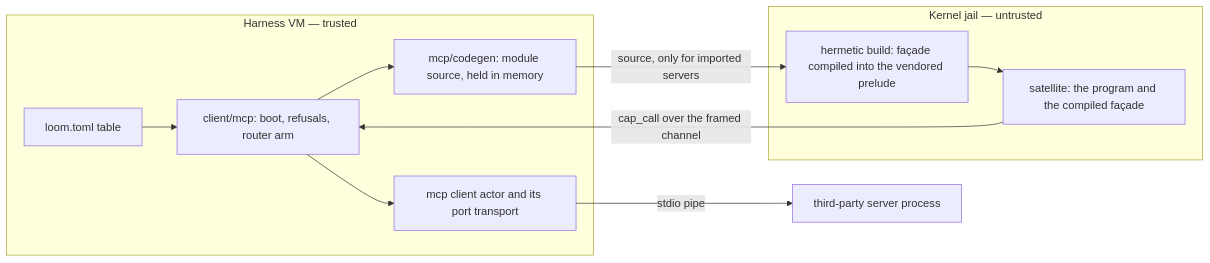
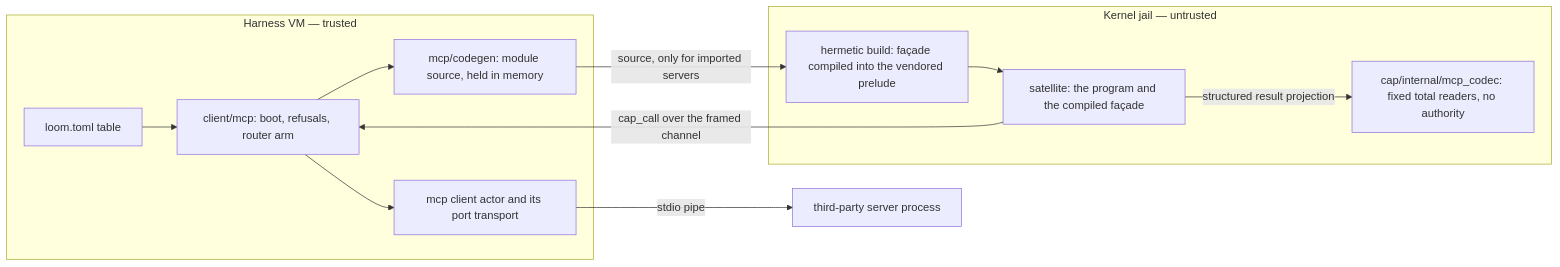
One commit to Roasbeef/loom changed the third of 3 diagrams in docs/architecture/mcp.md. Above: the diagram before and after it, drawn with Mermaid. The commit also changed other lines of this file and 7 other files, not shown here.

````diff
--- a/docs/architecture/mcp.md
+++ b/docs/architecture/mcp.md
@@ -1009,21 +1098,23 @@
 ```mermaid
 flowchart LR
     subgraph H[Harness VM — trusted]
       CFG[loom.toml table]
       CL[client/mcp: boot, refusals, router arm]
       CG[mcp/codegen: module source, held in memory]
       AC[mcp client actor and its port transport]
     end
     subgraph J[Kernel jail — untrusted]
       B[hermetic build: façade compiled into the vendored prelude]
       SAT[satellite: the program and the compiled façade]
+      CODEC[cap/internal/mcp_codec: fixed total readers, no authority]
     end
     SRV[third-party server process]
     CFG --> CL
     CL --> CG
     CG -->|source, only for imported servers| B
     B --> SAT
+    SAT -->|structured result projection| CODEC
     SAT -->|cap_call over the framed channel| CL
     CL --> AC
     AC -->|stdio pipe| SRV
 ```
````
